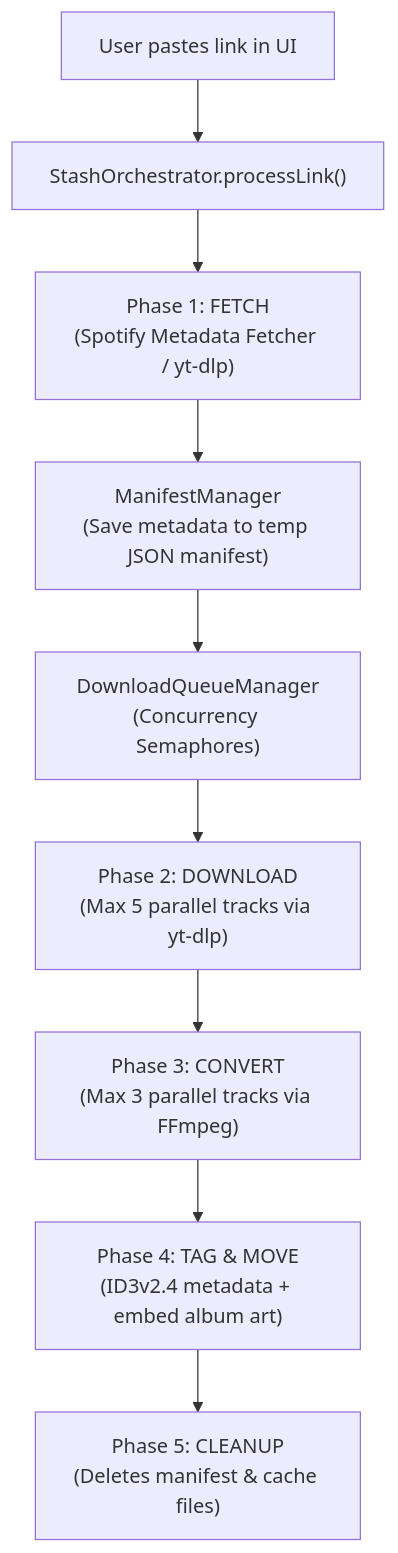
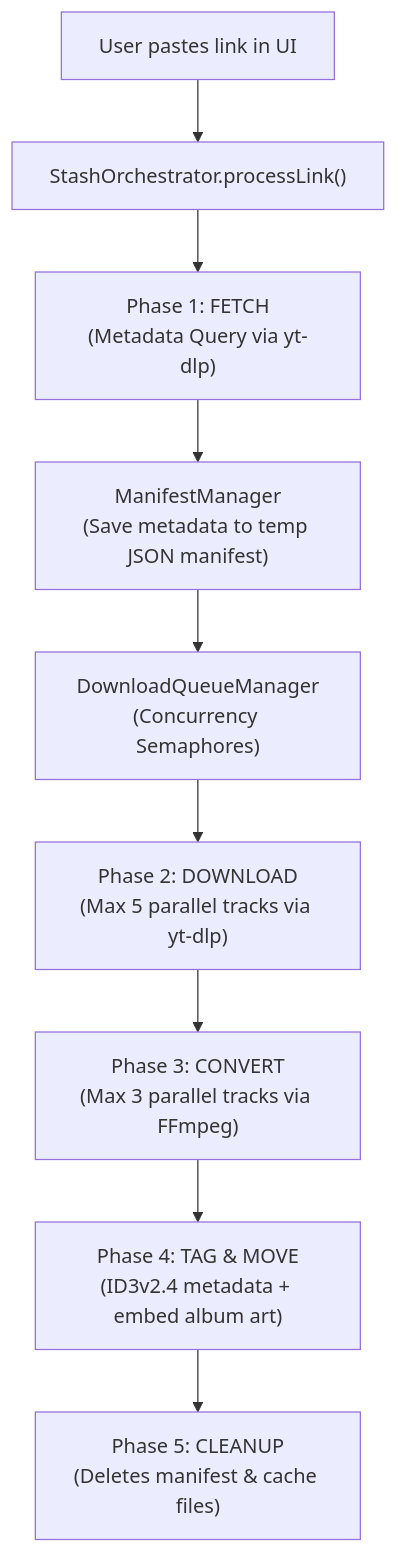
Before and after one commit to Eurt-labs/Stash: the diagram in README.md, drawn with Mermaid. The commit also changed other lines of this file, not shown here.

````diff
--- a/README.md
+++ b/README.md
@@ -11,12 +21,12 @@
 ```mermaid
 flowchart TD
     A["User pastes link in UI"] --> B["StashOrchestrator.processLink()"]
-    B --> C["Phase 1: FETCH\n(Spotify Metadata Fetcher / yt-dlp)"]
+    B --> C["Phase 1: FETCH\n(Metadata Query via yt-dlp)"]
     C --> D["ManifestManager\n(Save metadata to temp JSON manifest)"]
     D --> E["DownloadQueueManager\n(Concurrency Semaphores)"]
     
     E --> F["Phase 2: DOWNLOAD\n(Max 5 parallel tracks via yt-dlp)"]
     F --> G["Phase 3: CONVERT\n(Max 3 parallel tracks via FFmpeg)"]
     G --> H["Phase 4: TAG & MOVE\n(ID3v2.4 metadata + embed album art)"]
     H --> I["Phase 5: CLEANUP\n(Deletes manifest & cache files)"]
 ```
````
